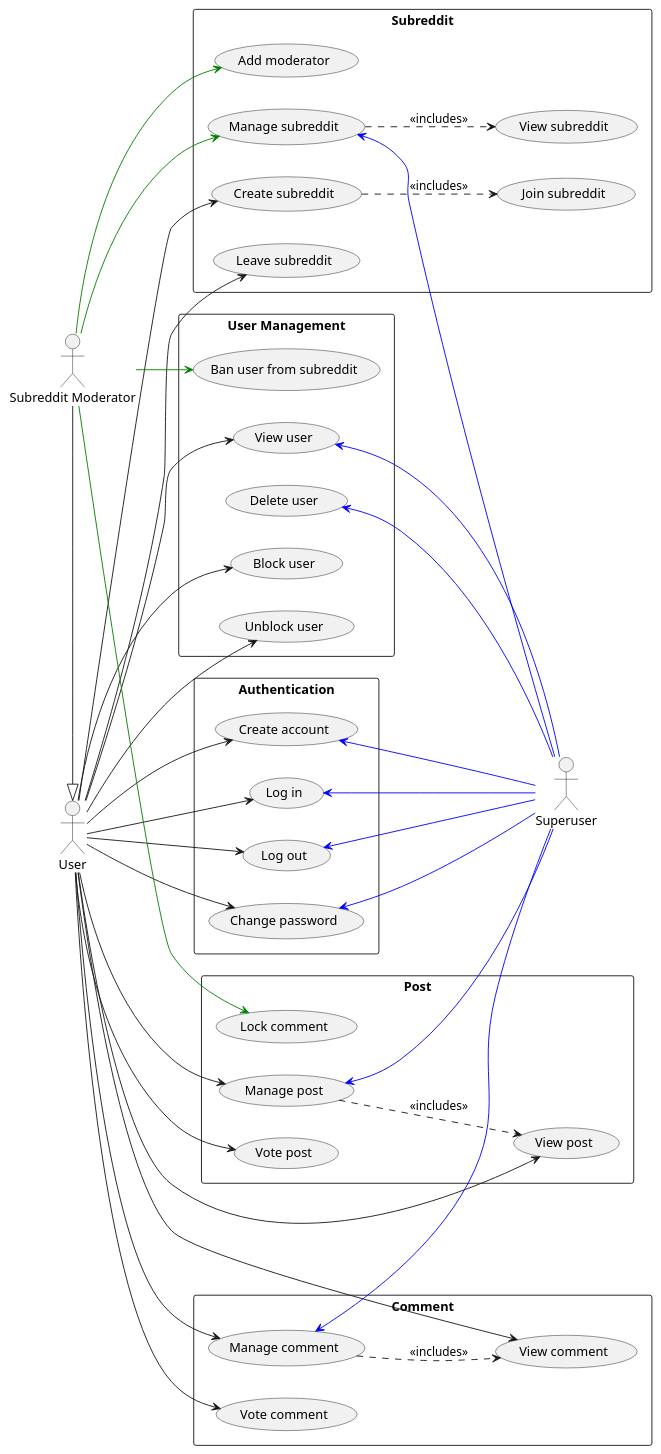
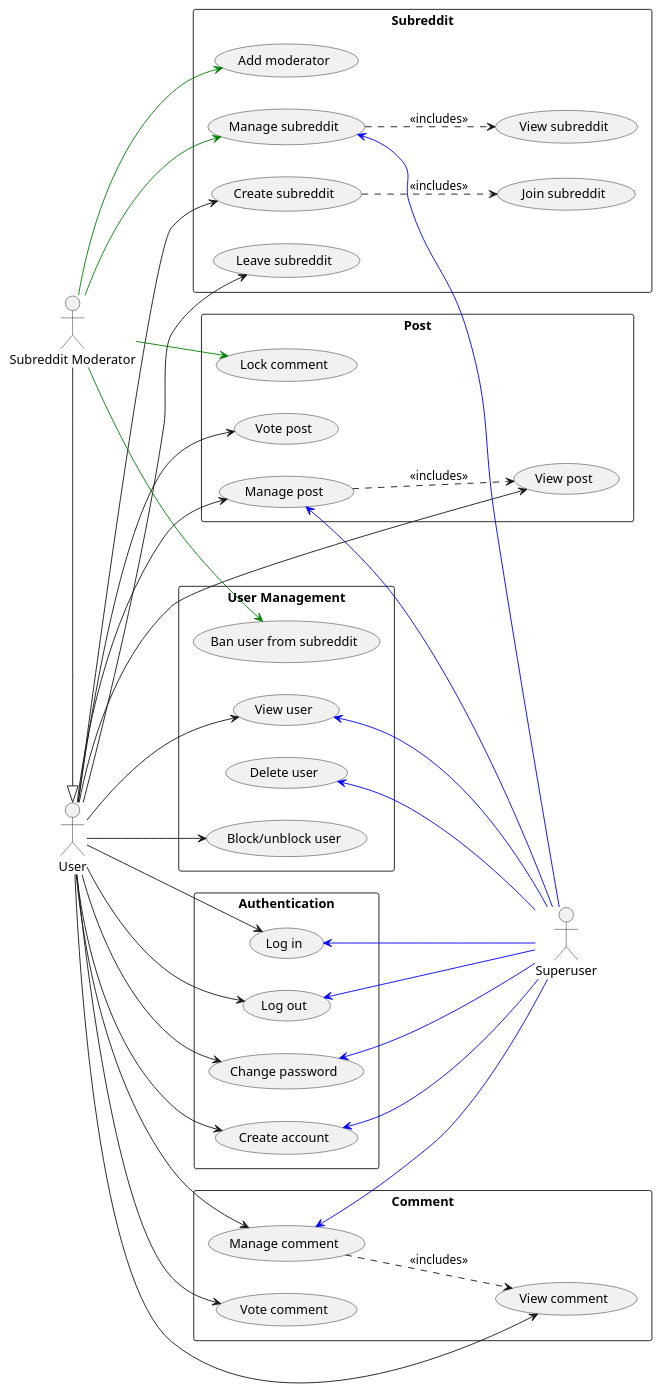
Before and after one commit to Huy-Ngo/reddit-design: the diagram in use_case.puml, drawn with PlantUML. The commit also changed 1 other file, not shown here.

Commit message:
Merge block/unblock use cases

```diff
--- a/use_case.puml
+++ b/use_case.puml
@@ -1,92 +1,90 @@
 @startuml
 skinparam packageStyle rectangle
 left to right direction
 actor "User" as user
 actor "Subreddit Moderator" as mod
 actor "Superuser" as su
 mod -|> user
 
 rectangle Post as post {
   usecase "Manage post" as post_manage
   usecase "View post" as post_read
 
   usecase "Vote post" as post_vote
   usecase "Lock comment" as post_lock
 }
 
 rectangle Comment as cmt {
   usecase "Manage comment" as cmt_manage
   usecase "View comment" as cmt_read
 
   usecase "Vote comment" as cmt_vote
 }
 
 rectangle Subreddit as sub {
   usecase "Create subreddit" as sub_create
   usecase "View subreddit" as sub_read
   usecase "Manage subreddit" as sub_manage
   usecase "Add moderator" as sub_add_mod
 
   usecase "Join subreddit" as sub_join
   usecase "Leave subreddit" as sub_leave
 }
 
 rectangle "User Management" as user_mng {
   usecase "View user" as user_read
   usecase "Delete user" as user_delete
-  usecase "Block user" as user_block
-  usecase "Unblock user" as user_unblock
+  usecase "Block/unblock user" as user_block
   usecase "Ban user from subreddit" as user_ban
 }
 
 rectangle "Authentication" as auth {
   usecase "Create account" as acc_create
   usecase "Log in" as login
   usecase "Log out" as logout
   usecase "Change password" as pwd_change
 }
 
 user --> acc_create
 user --> login
 user --> logout
 user --> pwd_change
 
 user --> post_manage
 user --> post_read
 
 user --> post_vote
 
 user --> cmt_manage
 user --> cmt_read
 
 user --> cmt_vote
 
 user --> sub_create
 user --> sub_leave
 
 user --> user_block
-user --> user_unblock
 user --> user_read
 
 mod -[#green]-> sub_manage
 mod -[#green]-> sub_add_mod
 mod -[#green]-> user_ban
 mod -[#green]-> post_lock
 
 post_manage   <-[#blue]- su
 cmt_manage    <-[#blue]- su
 sub_manage    <-[#blue]- su
 user_read   <-[#blue]- su
 user_delete <-[#blue]- su
 
 acc_create  <-[#blue]- su
 login       <-[#blue]- su
 logout      <-[#blue]- su
 pwd_change  <-[#blue]- su
 
 post_manage ..> post_read : <<includes>>
 cmt_manage ..> cmt_read : <<includes>>
 sub_create ..> sub_join : <<includes>>
 sub_manage ..> sub_read : <<includes>>
 
 @enduml
```
